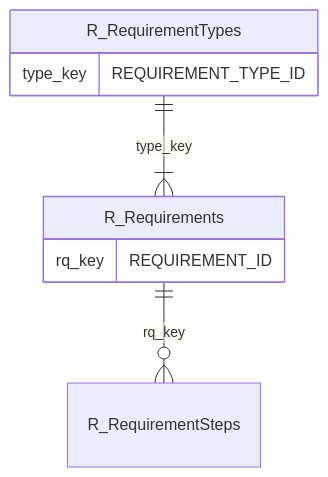
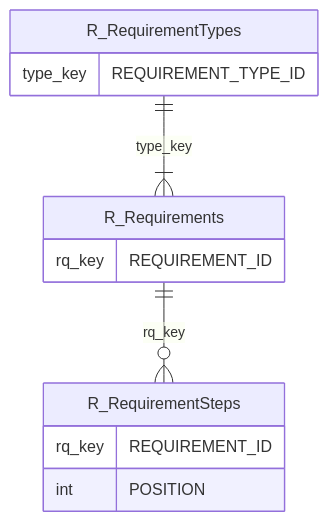
The first of 4 diagrams in docs/Reporting/index.md (Inflectra/spira-documentation), drawn with Mermaid before and after one commit. The commit also changed other lines of this file, not shown here.

````diff
--- a/docs/Reporting/index.md
+++ b/docs/Reporting/index.md
@@ -57,12 +57,16 @@
     ``` mermaid
     erDiagram
     R_Requirements ||--o{ R_RequirementSteps : rq_key
     R_RequirementTypes ||--|{ R_Requirements : type_key
 
     R_Requirements {
         rq_key REQUIREMENT_ID
     }
     R_RequirementTypes {
         type_key REQUIREMENT_TYPE_ID
     }
+    R_RequirementSteps {
+        rq_key REQUIREMENT_ID
+        int POSITION
+    }
     ```
````
